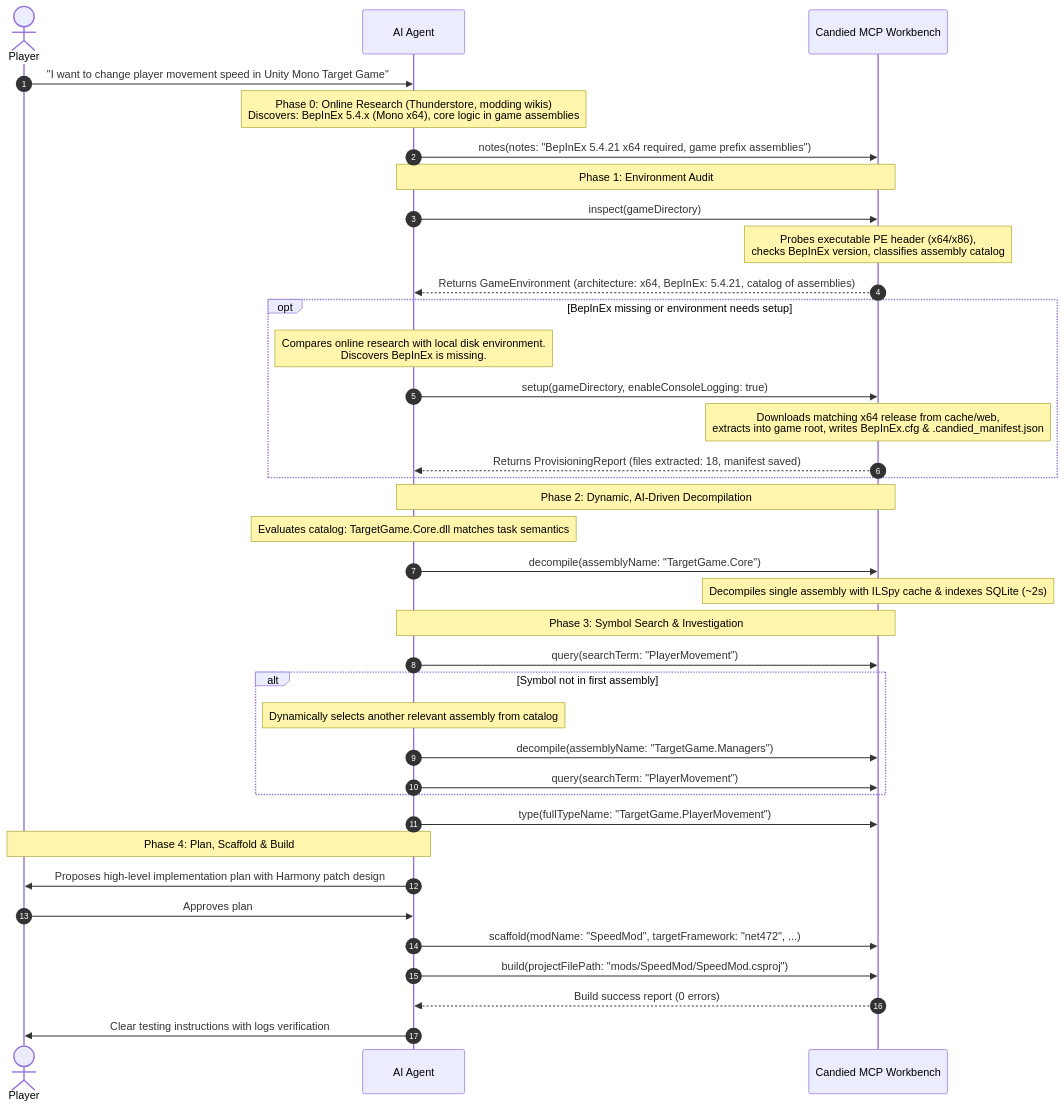
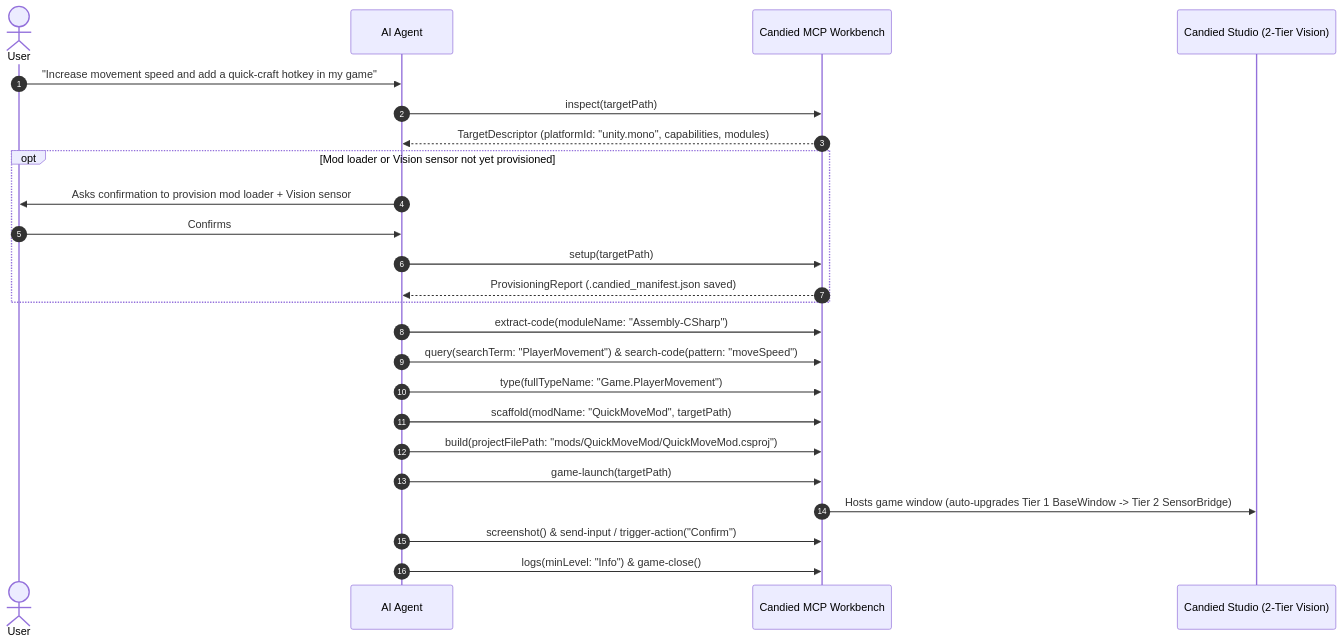
Before and after one commit to Pasciu/Candied: the diagram in docs/use-cases.md, drawn with Mermaid. The commit also changed other lines of this file and 297 other files, not shown here.

````diff
--- a/docs/use-cases.md
+++ b/docs/use-cases.md
@@ -30,45 +11,31 @@
 ```mermaid
 sequenceDiagram
     autonumber
-    actor Player
+    actor User
     participant Agent as AI Agent
     participant Candied as Candied MCP Workbench
+    participant Studio as Candied Studio (2-Tier Vision)
 
-    Player->>Agent: "I want to change player movement speed in Unity Mono Target Game"
-    Note over Agent: Phase 0: Online Research (Thunderstore, modding wikis)<br/>Discovers: BepInEx 5.4.x (Mono x64), core logic in game assemblies
-    Agent->>Candied: notes(notes: "BepInEx 5.4.21 x64 required, game prefix assemblies")
-    
-    Note over Agent,Candied: Phase 1: Environment Audit
-    Agent->>Candied: inspect(gameDirectory)
-    Note over Candied: Probes executable PE header (x64/x86),<br/>checks BepInEx version, classifies assembly catalog
-    Candied-->>Agent: Returns GameEnvironment (architecture: x64, BepInEx: 5.4.21, catalog of assemblies)
-    
-    opt BepInEx missing or environment needs setup
-        Note over Agent: Compares online research with local disk environment.<br/>Discovers BepInEx is missing.
-        Agent->>Candied: setup(gameDirectory, enableConsoleLogging: true)
-        Note over Candied: Downloads matching x64 release from cache/web,<br/>extracts into game root, writes BepInEx.cfg & .candied_manifest.json
-        Candied-->>Agent: Returns ProvisioningReport (files extracted: 18, manifest saved)
+    User->>Agent: "Increase movement speed and add a quick-craft hotkey in my game"
+    Agent->>Candied: inspect(targetPath)
+    Candied-->>Agent: TargetDescriptor (platformId: "unity.mono", capabilities, modules)
+
+    opt Mod loader or Vision sensor not yet provisioned
+        Agent->>User: Asks confirmation to provision mod loader + Vision sensor
+        User->>Agent: Confirms
+        Agent->>Candied: setup(targetPath)
+        Candied-->>Agent: ProvisioningReport (.candied_manifest.json saved)
     end
 
-    Note over Agent,Candied: Phase 2: Dynamic, AI-Driven Decompilation
-    Note over Agent: Evaluates catalog: TargetGame.Core.dll matches task semantics
-    Agent->>Candied: decompile(assemblyName: "TargetGame.Core")
-    Note over Candied: Decompiles single assembly with ILSpy cache & indexes SQLite (~2s)
-    
-    Note over Agent,Candied: Phase 3: Symbol Search & Investigation
-    Agent->>Candied: query(searchTerm: "PlayerMovement")
-    alt Symbol not in first assembly
-        Note over Agent: Dynamically selects another relevant assembly from catalog
-        Agent->>Candied: decompile(assemblyName: "TargetGame.Managers")
-        Agent->>Candied: query(searchTerm: "PlayerMovement")
-    end
-    Agent->>Candied: type(fullTypeName: "TargetGame.PlayerMovement")
+    Agent->>Candied: extract-code(moduleName: "Assembly-CSharp")
+    Agent->>Candied: query(searchTerm: "PlayerMovement") & search-code(pattern: "moveSpeed")
+    Agent->>Candied: type(fullTypeName: "Game.PlayerMovement")
 
-    Note over Agent,Player: Phase 4: Plan, Scaffold & Build
-    Agent->>Player: Proposes high-level implementation plan with Harmony patch design
-    Player->>Agent: Approves plan
-    Agent->>Candied: scaffold(modName: "SpeedMod", targetFramework: "net472", ...)
-    Agent->>Candied: build(projectFilePath: "mods/SpeedMod/SpeedMod.csproj")
-    Candied-->>Agent: Build success report (0 errors)
-    Agent->>Player: Clear testing instructions with logs verification
+    Agent->>Candied: scaffold(modName: "QuickMoveMod", targetPath)
+    Agent->>Candied: build(projectFilePath: "mods/QuickMoveMod/QuickMoveMod.csproj")
+
+    Agent->>Candied: game-launch(targetPath)
+    Candied->>Studio: Hosts game window (auto-upgrades Tier 1 BaseWindow -> Tier 2 SensorBridge)
+    Agent->>Candied: screenshot() & send-input / trigger-action("Confirm")
+    Agent->>Candied: logs(minLevel: "Info") & game-close()
 ```
````
